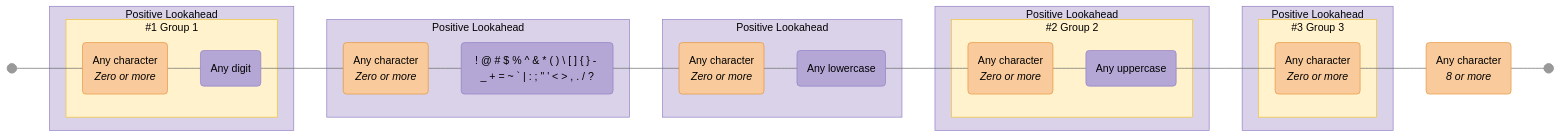
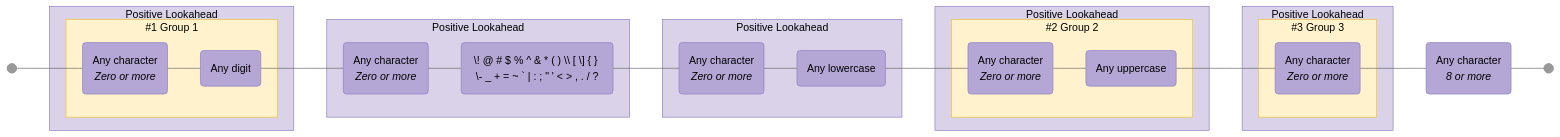
The diagram in diagrams/password-requirements.mermaid (tayles/regex-to-mermaid), drawn with Mermaid (neutral theme) before and after one commit. The commit also changed 53 other files, not shown here.

```diff
--- a/diagrams/password-requirements.mermaid
+++ b/diagrams/password-requirements.mermaid
@@ -1,80 +1,79 @@
 graph LR
   accTitle: "Regex: (?=(.*[0-9]))(?=.*[\\!@#$%^&*()\\\\[\\]{}\\-_+=~`|:;\"'<>,./?])(?=.*[a-z])(?=(.*[A-Z]))(?=(.*)).{8,}"
-  accDescr: "Generated with regex-to-mermaid@1.0.4"
+  accDescr: "Generated with regex-to-mermaid@1.1.0"
 
   %% Nodes
   start@{ shape: f-circ };
   fin@{ shape: f-circ };
-  literal_1("Any character<br><i>Zero or more</i>"):::literal;
-  char_class_1("Any digit"):::char-class;
-  literal_2("Any character<br><i>Zero or more</i>"):::literal;
-  char_class_2("! @ # $ % ^ & * ( ) \ [ ] { } - _ + = ~ ` | : ; #quot; ' < > , . / ?"):::char-class;
-  literal_3("Any character<br><i>Zero or more</i>"):::literal;
-  char_class_3("Any lowercase"):::char-class;
-  literal_4("Any character<br><i>Zero or more</i>"):::literal;
-  char_class_4("Any uppercase"):::char-class;
-  literal_5("Any character<br><i>Zero or more</i>"):::literal;
-  literal_6("Any character<br><i>8 or more</i>"):::literal;
+  char_class_1("Any character<br><i>Zero or more</i>"):::char-class;
+  char_class_2("Any digit"):::char-class;
+  char_class_3("Any character<br><i>Zero or more</i>"):::char-class;
+  char_class_4("\! @ # $ % ^ & * ( ) \\ [ \] { } \- _ + = ~ ` | : ; #quot; ' < > , . / ?"):::char-class;
+  char_class_5("Any character<br><i>Zero or more</i>"):::char-class;
+  char_class_6("Any lowercase"):::char-class;
+  char_class_7("Any character<br><i>Zero or more</i>"):::char-class;
+  char_class_8("Any uppercase"):::char-class;
+  char_class_9("Any character<br><i>Zero or more</i>"):::char-class;
+  char_class_10("Any character<br><i>8 or more</i>"):::char-class;
 
   %% Subgraphs
   subgraph standard_1 ["#1 Group 1"]
-    literal_1
     char_class_1
+    char_class_2
   end
 
   subgraph positive_lookahead_1 ["Positive Lookahead"]
     standard_1
   end
 
   subgraph positive_lookahead_2 ["Positive Lookahead"]
-    literal_2
-    char_class_2
+    char_class_3
+    char_class_4
   end
 
   subgraph positive_lookahead_3 ["Positive Lookahead"]
-    literal_3
-    char_class_3
+    char_class_5
+    char_class_6
   end
 
   subgraph standard_2 ["#2 Group 2"]
-    literal_4
-    char_class_4
+    char_class_7
+    char_class_8
   end
 
   subgraph positive_lookahead_4 ["Positive Lookahead"]
     standard_2
   end
 
   subgraph standard_3 ["#3 Group 3"]
-    literal_5
+    char_class_9
   end
 
   subgraph positive_lookahead_5 ["Positive Lookahead"]
     standard_3
   end
 
   %% Edges
-  start --- literal_1;
-  literal_1 --- char_class_1;
-  char_class_1 --- literal_2;
-  literal_2 --- char_class_2;
-  char_class_2 --- literal_3;
-  literal_3 --- char_class_3;
-  char_class_3 --- literal_4;
-  literal_4 --- char_class_4;
-  char_class_4 --- literal_5;
-  literal_5 --- literal_6;
-  literal_6 --- fin;
+  start --- char_class_1;
+  char_class_1 --- char_class_2;
+  char_class_2 --- char_class_3;
+  char_class_3 --- char_class_4;
+  char_class_4 --- char_class_5;
+  char_class_5 --- char_class_6;
+  char_class_6 --- char_class_7;
+  char_class_7 --- char_class_8;
+  char_class_8 --- char_class_9;
+  char_class_9 --- char_class_10;
+  char_class_10 --- fin;
 
   %% Styles
   %% Node Styling
-  classDef literal fill:#F9CB9C,stroke:#E69138,color:#000000;
   classDef char-class fill:#B4A7D6,stroke:#8E7CC3,color:#000000;
 
   %% Group Styling
   classDef standard fill:#FFF2CC,stroke:#F1C232,color:#000000;
   classDef positive-lookahead fill:#D9D2E9,stroke:#8E7CC3,color:#000000;
 
   %% Apply Group Classes
   class standard_1,standard_2,standard_3 standard;
   class positive_lookahead_1,positive_lookahead_2,positive_lookahead_3,positive_lookahead_4,positive_lookahead_5 positive-lookahead;
```
